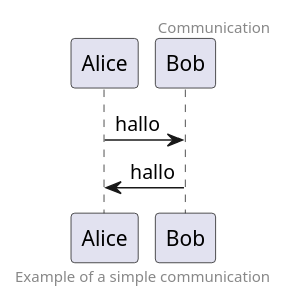
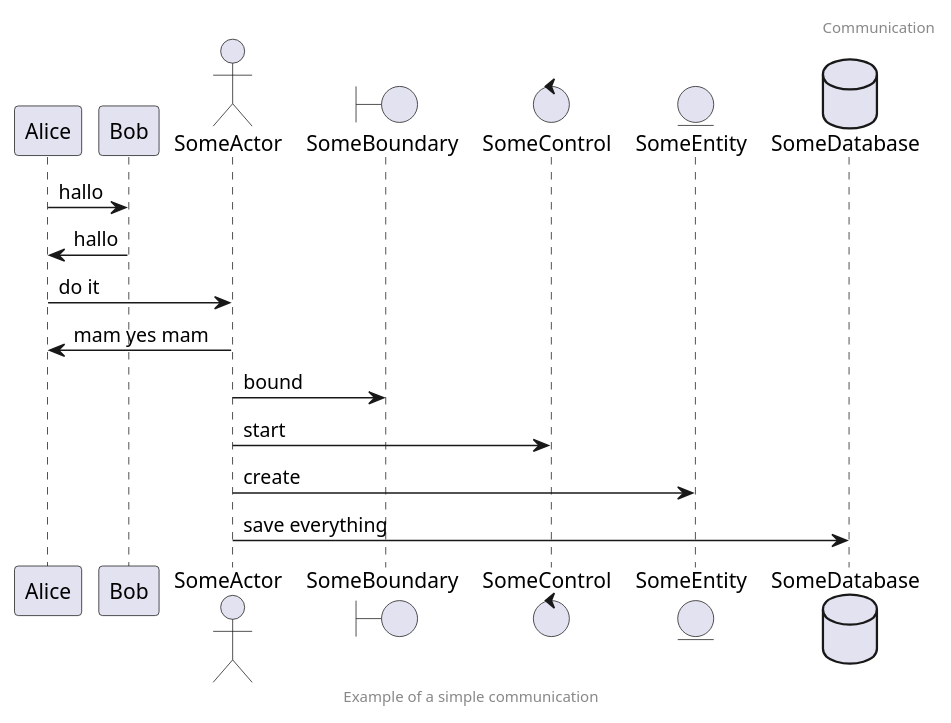
Before and after one commit to aelfimow/plantuml-tut: the diagram in sequence-diag/a.plantuml, drawn with PlantUML.

Commit message:
Sequence Chart: added actor, boundary, control, entity and database

```diff
--- a/sequence-diag/a.plantuml
+++ b/sequence-diag/a.plantuml
@@ -1,12 +1,30 @@
 @startuml
 
 header
 Communication
 endheader
 
+participant Alice
+participant Bob
+
+actor    SomeActor
+
+boundary SomeBoundary
+control  SomeControl
+entity   SomeEntity
+database SomeDatabase
+
 Alice -> Bob: hallo
 Bob -> Alice: hallo
+
+Alice -> SomeActor: do it
+SomeActor -> Alice: mam yes mam
+
+SomeActor -> SomeBoundary: bound
+SomeActor -> SomeControl: start
+SomeActor -> SomeEntity: create
+SomeActor -> SomeDatabase: save everything
 
 footer Example of a simple communication
 
 @enduml
```
